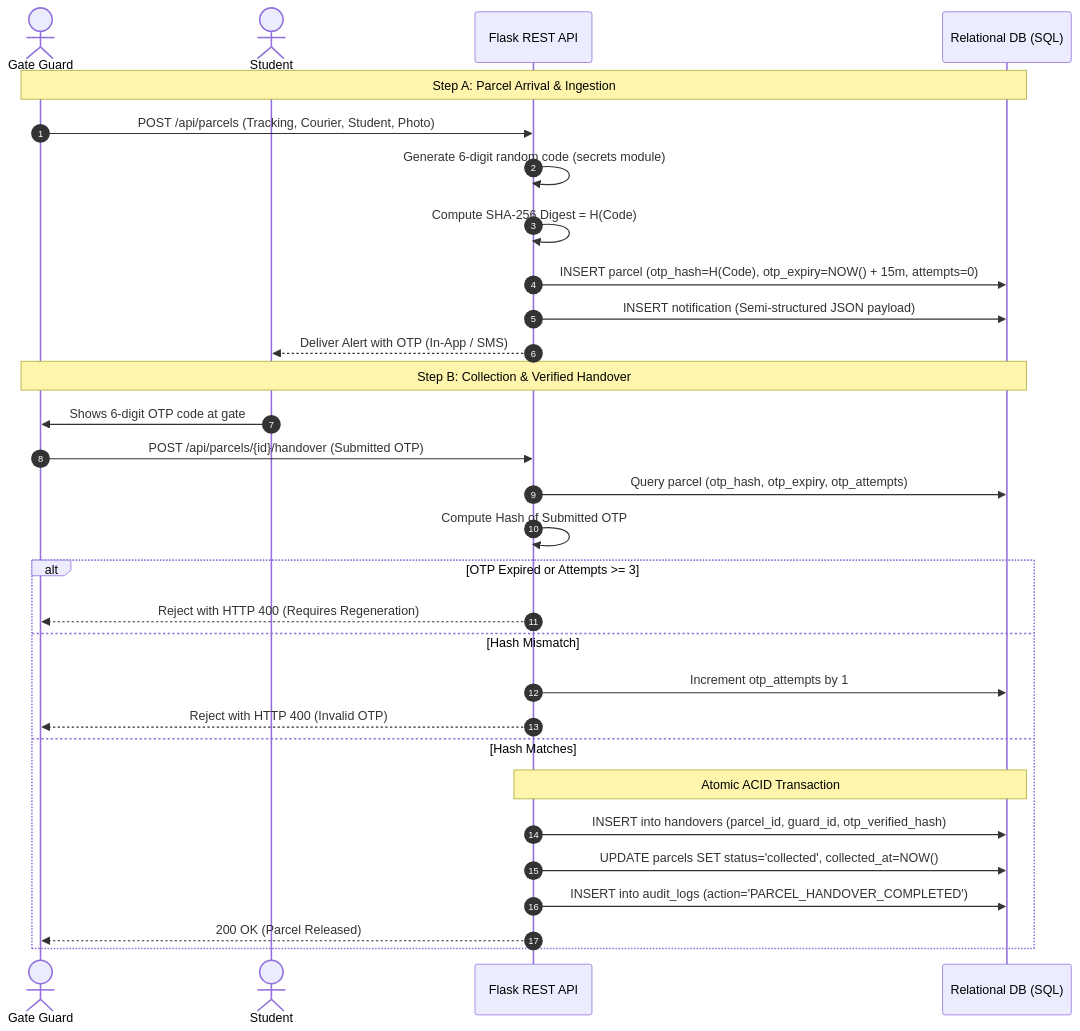
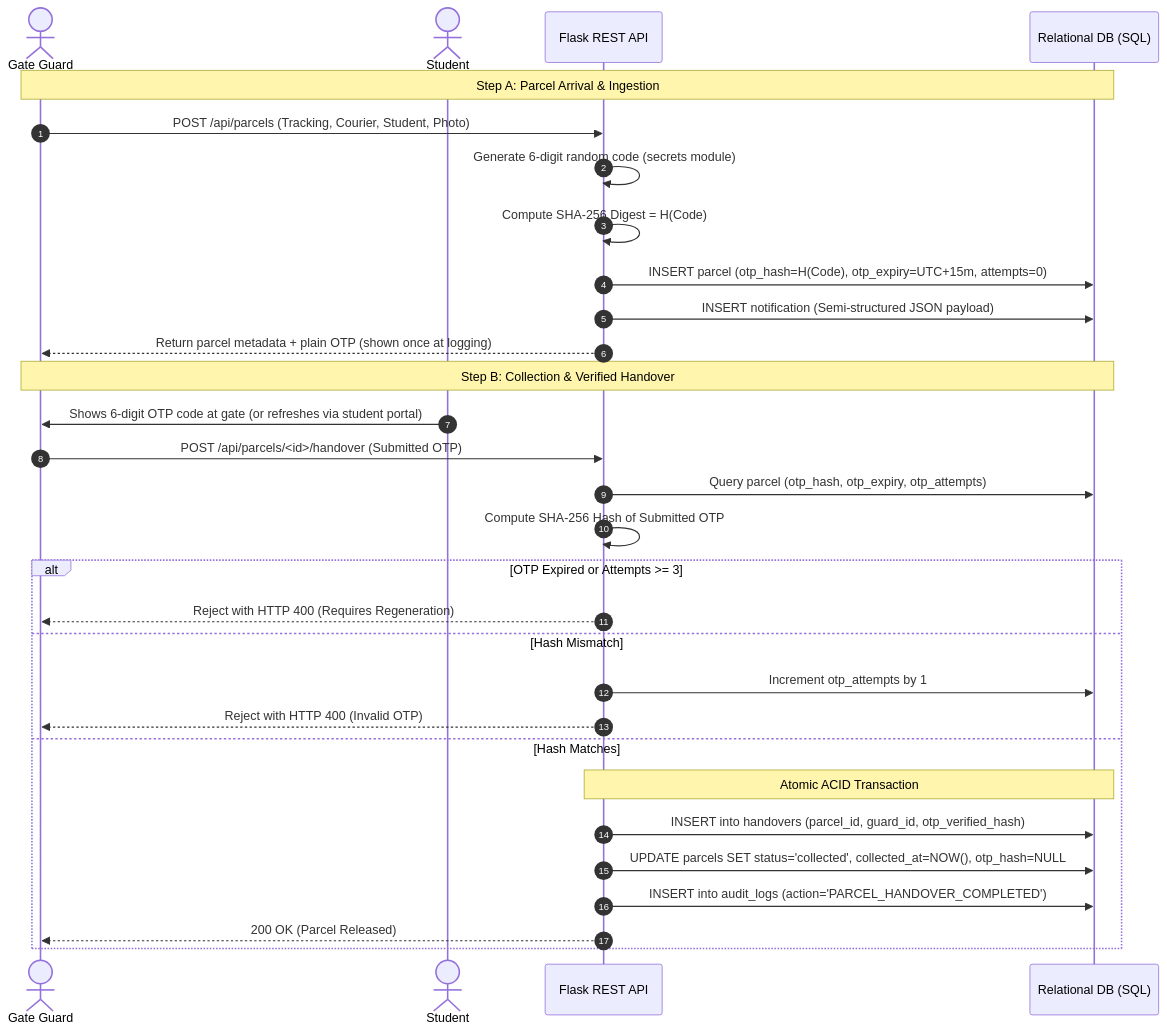
Before and after one commit to tharundev-123/parceldesk: the diagram in docs/CLOUD_SECURITY.md, drawn with Mermaid. The commit also changed other lines of this file and 5 other files, not shown here.

````diff
--- a/docs/CLOUD_SECURITY.md
+++ b/docs/CLOUD_SECURITY.md
@@ -33,34 +33,34 @@
 ```mermaid
 sequenceDiagram
     autonumber
     actor Guard as Gate Guard
     actor Student as Student
     participant API as Flask REST API
     participant DB as Relational DB (SQL)
 
     Note over Guard,DB: Step A: Parcel Arrival & Ingestion
     Guard->>API: POST /api/parcels (Tracking, Courier, Student, Photo)
     API->>API: Generate 6-digit random code (secrets module)
     API->>API: Compute SHA-256 Digest = H(Code)
-    API->>DB: INSERT parcel (otp_hash=H(Code), otp_expiry=NOW() + 15m, attempts=0)
+    API->>DB: INSERT parcel (otp_hash=H(Code), otp_expiry=UTC+15m, attempts=0)
     API->>DB: INSERT notification (Semi-structured JSON payload)
-    API-->>Student: Deliver Alert with OTP (In-App / SMS)
+    API-->>Guard: Return parcel metadata + plain OTP (shown once at logging)
 
     Note over Guard,DB: Step B: Collection & Verified Handover
-    Student->>Guard: Shows 6-digit OTP code at gate
-    Guard->>API: POST /api/parcels/{id}/handover (Submitted OTP)
+    Student->>Guard: Shows 6-digit OTP code at gate (or refreshes via student portal)
+    Guard->>API: POST /api/parcels/<id>/handover (Submitted OTP)
     API->>DB: Query parcel (otp_hash, otp_expiry, otp_attempts)
-    API->>API: Compute Hash of Submitted OTP
+    API->>API: Compute SHA-256 Hash of Submitted OTP
     alt OTP Expired or Attempts >= 3
         API-->>Guard: Reject with HTTP 400 (Requires Regeneration)
     else Hash Mismatch
         API->>DB: Increment otp_attempts by 1
         API-->>Guard: Reject with HTTP 400 (Invalid OTP)
     else Hash Matches
         Note over API,DB: Atomic ACID Transaction
         API->>DB: INSERT into handovers (parcel_id, guard_id, otp_verified_hash)
-        API->>DB: UPDATE parcels SET status='collected', collected_at=NOW()
+        API->>DB: UPDATE parcels SET status='collected', collected_at=NOW(), otp_hash=NULL
         API->>DB: INSERT into audit_logs (action='PARCEL_HANDOVER_COMPLETED')
         API-->>Guard: 200 OK (Parcel Released)
     end
 ```
````
